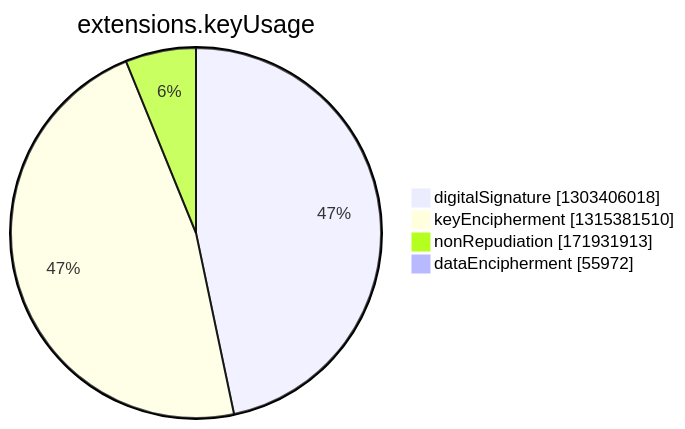
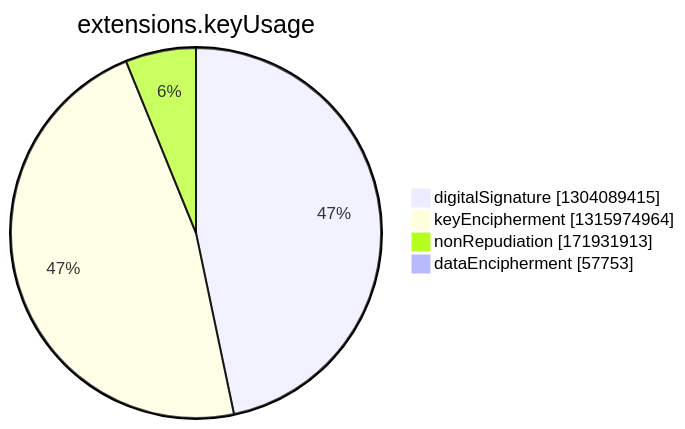
One commit to christiankrug/ctmonitor_visualization changed the seventh of 15 diagrams in argon2022/README.md. Above: the diagram before and after it, drawn with Mermaid. The commit also changed other lines of this file, not shown here.

````diff
--- a/argon2022/README.md
+++ b/argon2022/README.md
@@ -2749,8 +2749,8 @@
 ```mermaid
 pie showData
 title extensions.keyUsage
-"digitalSignature" :1303406018
-"keyEncipherment" :1315381510
+"digitalSignature" :1304089415
+"keyEncipherment" :1315974964
 "nonRepudiation" :171931913
-"dataEncipherment" :55972
+"dataEncipherment" :57753
 ```
````
